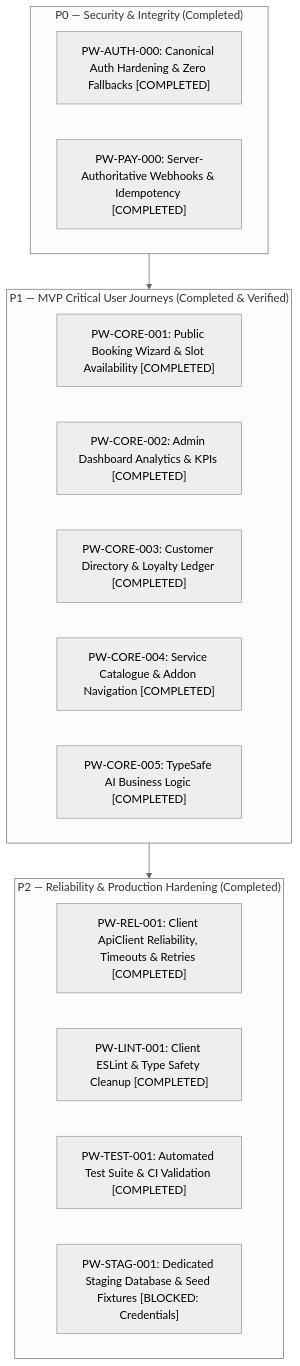
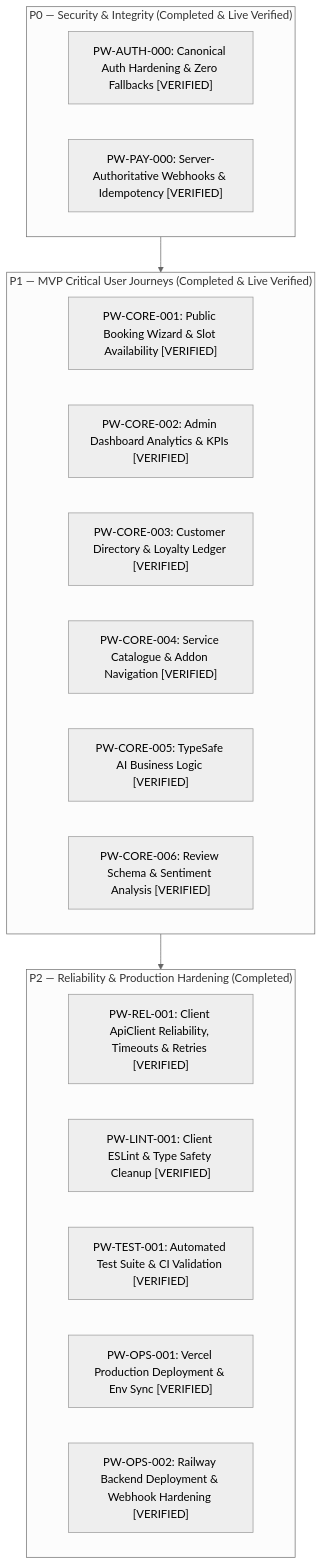
One commit to roshithragh-byte/salon-crm-demo changed the diagram in TASK_STATUS.md. Above: the diagram before and after it, drawn with Mermaid (neutral theme). The commit also changed other lines of this file and 1 other file, not shown here.

Commit message:
docs: update task status and known issues to production ready

````diff
--- a/TASK_STATUS.md
+++ b/TASK_STATUS.md
@@ -31,25 +31,27 @@
 ```mermaid
 flowchart TD
-    subgraph P0_Blockers ["P0 — Security & Integrity (Completed)"]
-        PW_AUTH_000["PW-AUTH-000: Canonical Auth Hardening & Zero Fallbacks [COMPLETED]"]
-        PW_PAY_000["PW-PAY-000: Server-Authoritative Webhooks & Idempotency [COMPLETED]"]
+    subgraph P0_Blockers ["P0 — Security & Integrity (Completed & Live Verified)"]
+        PW_AUTH_000["PW-AUTH-000: Canonical Auth Hardening & Zero Fallbacks [VERIFIED]"]
+        PW_PAY_000["PW-PAY-000: Server-Authoritative Webhooks & Idempotency [VERIFIED]"]
     end
 
-    subgraph P1_MVP_Core ["P1 — MVP Critical User Journeys (Completed & Verified)"]
-        PW_CORE_001["PW-CORE-001: Public Booking Wizard & Slot Availability [COMPLETED]"]
-        PW_CORE_002["PW-CORE-002: Admin Dashboard Analytics & KPIs [COMPLETED]"]
-        PW_CORE_003["PW-CORE-003: Customer Directory & Loyalty Ledger [COMPLETED]"]
-        PW_CORE_004["PW-CORE-004: Service Catalogue & Addon Navigation [COMPLETED]"]
-        PW_CORE_005["PW-CORE-005: TypeSafe AI Business Logic [COMPLETED]"]
+    subgraph P1_MVP_Core ["P1 — MVP Critical User Journeys (Completed & Live Verified)"]
+        PW_CORE_001["PW-CORE-001: Public Booking Wizard & Slot Availability [VERIFIED]"]
+        PW_CORE_002["PW-CORE-002: Admin Dashboard Analytics & KPIs [VERIFIED]"]
+        PW_CORE_003["PW-CORE-003: Customer Directory & Loyalty Ledger [VERIFIED]"]
+        PW_CORE_004["PW-CORE-004: Service Catalogue & Addon Navigation [VERIFIED]"]
+        PW_CORE_005["PW-CORE-005: TypeSafe AI Business Logic [VERIFIED]"]
+        PW_CORE_006["PW-CORE-006: Review Schema & Sentiment Analysis [VERIFIED]"]
     end
 
     subgraph P2_Hardening ["P2 — Reliability & Production Hardening (Completed)"]
-        PW_REL_001["PW-REL-001: Client ApiClient Reliability, Timeouts & Retries [COMPLETED]"]
-        PW_LINT_001["PW-LINT-001: Client ESLint & Type Safety Cleanup [COMPLETED]"]
-        PW_TEST_001["PW-TEST-001: Automated Test Suite & CI Validation [COMPLETED]"]
-        PW_STAG_001["PW-STAG-001: Dedicated Staging Database & Seed Fixtures [BLOCKED: Credentials]"]
+        PW_REL_001["PW-REL-001: Client ApiClient Reliability, Timeouts & Retries [VERIFIED]"]
+        PW_LINT_001["PW-LINT-001: Client ESLint & Type Safety Cleanup [VERIFIED]"]
+        PW_TEST_001["PW-TEST-001: Automated Test Suite & CI Validation [VERIFIED]"]
+        PW_OPS_001["PW-OPS-001: Vercel Production Deployment & Env Sync [VERIFIED]"]
+        PW_OPS_002["PW-OPS-002: Railway Backend Deployment & Webhook Hardening [VERIFIED]"]
     end
 
     P0_Blockers --> P1_MVP_Core
     P1_MVP_Core --> P2_Hardening
 ```
````
